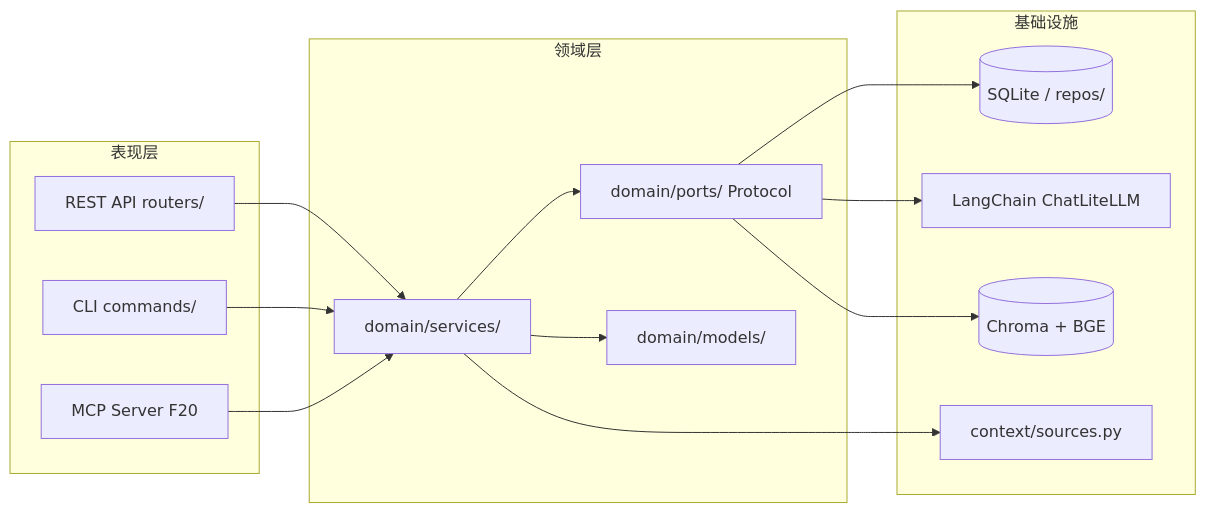
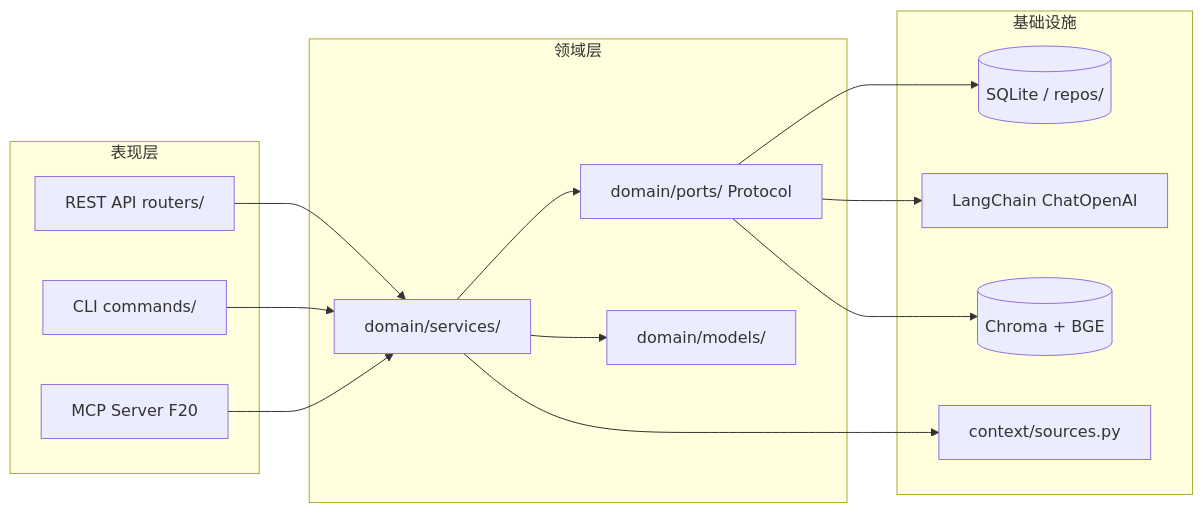
The diagram in ARCHITECTURE.md (zhx-xi/InkFlow), drawn with Mermaid before and after one commit. The commit also changed other lines of this file and 15 other files, not shown here.

First line of the commit message:
docs: 系统架构图（现状 + 2.0.0 云端目标）+ README 引入 + ChatLiteLLM 残留清理 + docs 目录整理 (#136)

````diff
--- a/ARCHITECTURE.md
+++ b/ARCHITECTURE.md
@@ -129,28 +130,28 @@
 ```mermaid
 flowchart LR
     subgraph 表现层
         API[REST API routers/]
         CLI[CLI commands/]
         MCP[MCP Server F20]
     end
     subgraph 领域层
         SVC[domain/services/]
         PORT[domain/ports/ Protocol]
         MODEL[domain/models/]
     end
     subgraph 基础设施
         DB[(SQLite / repos/)]
-        LLM[LangChain ChatLiteLLM]
+        LLM[LangChain ChatOpenAI]
         RAG[(Chroma + BGE)]
         CTX[context/sources.py]
     end
     API --> SVC
     CLI --> SVC
     MCP --> SVC
     SVC --> MODEL
     SVC --> PORT
     PORT --> DB
     PORT --> LLM
     PORT --> RAG
     SVC --> CTX
 ```
````
